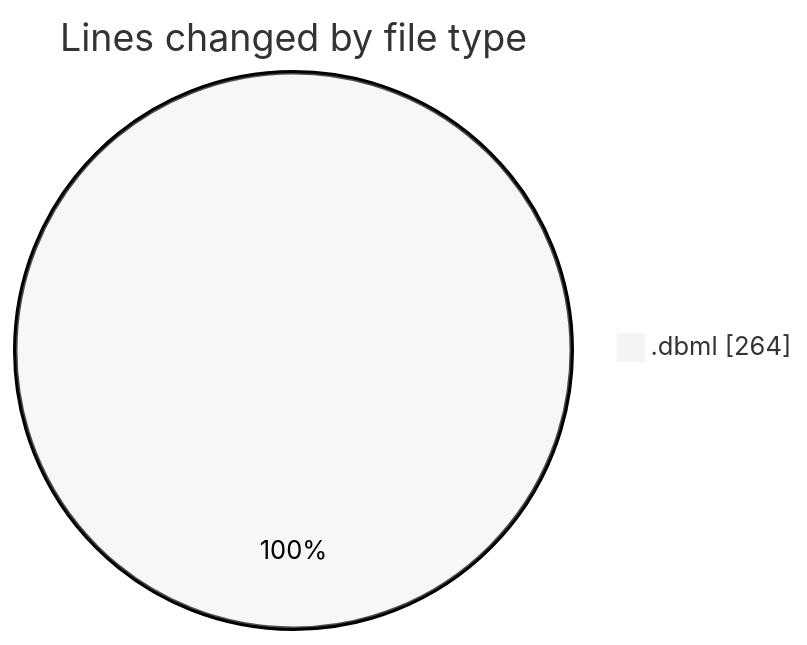
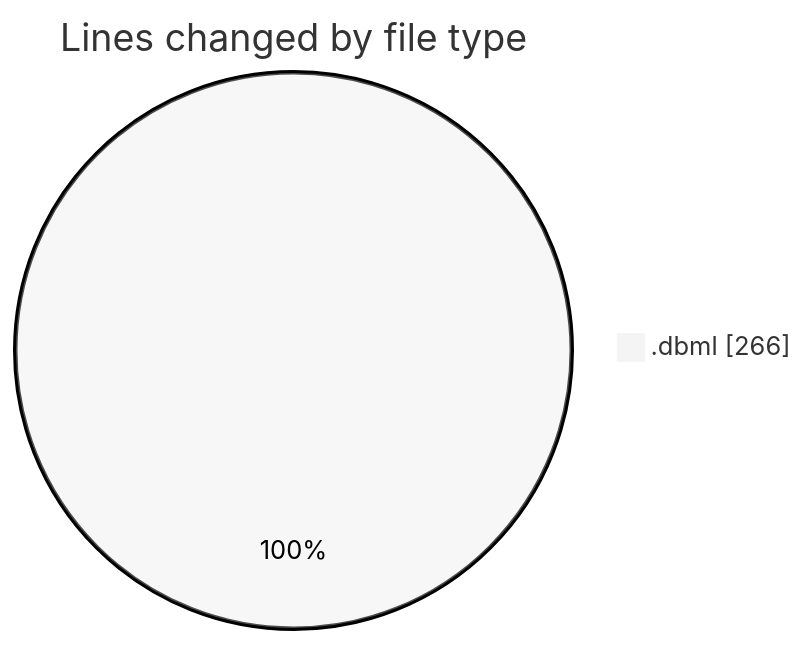
The first of 2 diagrams in 2025-10-02/open-health/README.md (mevix1/code-tracking), drawn with Mermaid (neutral theme) before and after one commit. The commit also changed other lines of this file and 1 other file, not shown here.

````diff
--- a/2025-10-02/open-health/README.md
+++ b/2025-10-02/open-health/README.md
@@ -20,5 +20,5 @@
 ```mermaid
 pie showData
 title Lines changed by file type
-".dbml" : 264
+".dbml" : 266
 ```
````
